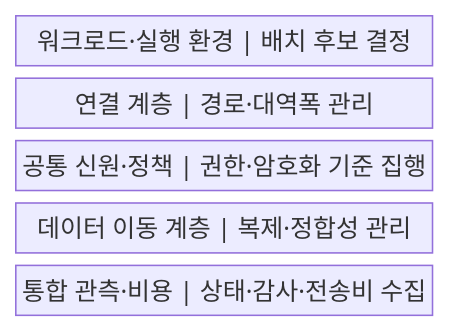
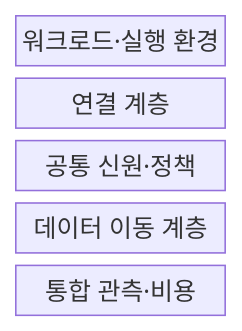
Before and after one commit to agnusdei1207/knowledge-base: the first of 2 diagrams in src/content/docs/notes/03-software/142_cloud_deployment_models.md, drawn with Mermaid. The commit also changed other lines of this file and 238 other files, not shown here.

````diff
--- a/src/content/docs/notes/03-software/142_cloud_deployment_models.md
+++ b/src/content/docs/notes/03-software/142_cloud_deployment_models.md
@@ -56,9 +56,9 @@
 ```mermaid
-block
+block-beta
     columns 1
-    A["워크로드·실행 환경 | 배치 후보 결정"]
-    B["연결 계층 | 경로·대역폭 관리"]
-    C["공통 신원·정책 | 권한·암호화 기준 집행"]
-    D["데이터 이동 계층 | 복제·정합성 관리"]
-    E["통합 관측·비용 | 상태·감사·전송비 수집"]
+    A["워크로드·실행 환경"]
+    B["연결 계층"]
+    C["공통 신원·정책"]
+    D["데이터 이동 계층"]
+    E["통합 관측·비용"]
 ```
````
